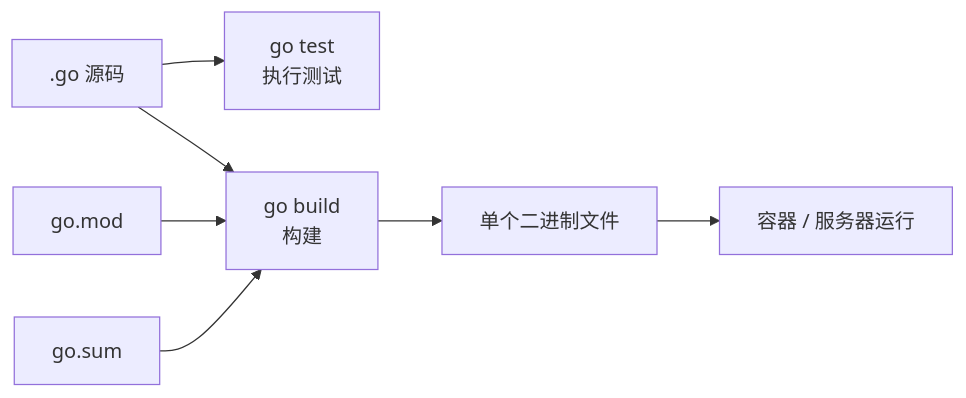
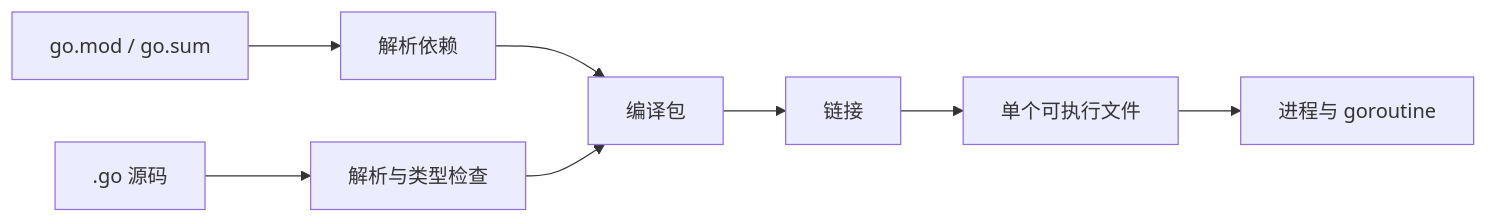
Before and after one commit to yokry-he/yok-study-web: the first of 26 diagrams in docs/go/visual-guide.md, drawn with Mermaid. The commit also changed other lines of this file and 277 other files, not shown here.

````diff
--- a/docs/go/visual-guide.md
+++ b/docs/go/visual-guide.md
@@ -11,9 +11,10 @@
 ```mermaid
 flowchart LR
-  A[".go 源码"] --> B["go test<br/>执行测试"]
-  A --> C["go build<br/>构建"]
-  C --> D["单个二进制文件"]
-  D --> E["容器 / 服务器运行"]
-  F["go.mod"] --> C
-  G["go.sum"] --> C
+  Source[".go 源码"] --> Parse["解析与类型检查"]
+  Modules["go.mod / go.sum"] --> Resolve["解析依赖"]
+  Resolve --> Compile["编译包"]
+  Parse --> Compile
+  Compile --> Link["链接"]
+  Link --> Binary["单个可执行文件"]
+  Binary --> Run["进程与 goroutine"]
 ```
````
